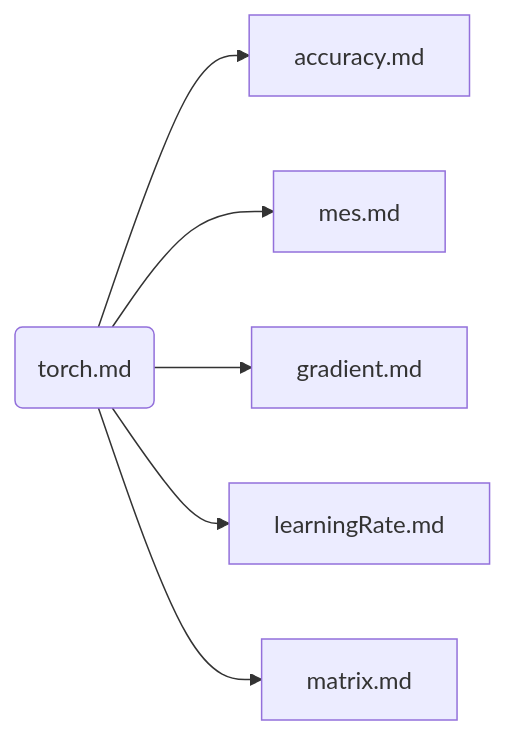
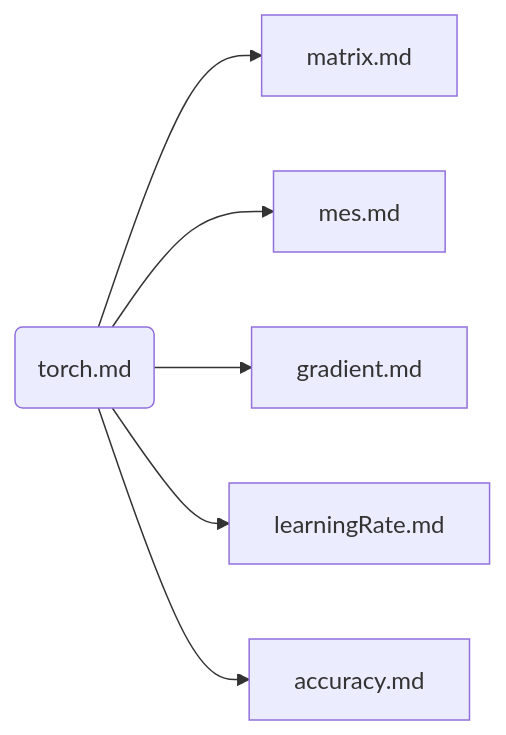
One commit to weip2008/LearnTorch changed the diagram in ReadMe.md. Above: the diagram before and after it, drawn with Mermaid. The commit also changed 7 other files, not shown here.

````diff
--- a/ReadMe.md
+++ b/ReadMe.md
@@ -6,12 +6,12 @@
 ```mermaid
 graph LR
 torch(torch.md)
 accuracy[accuracy.md]
 mse[mes.md]
 grad[gradient.md]
 lr[learningRate.md]
 matrix[matrix.md]
 
-torch-->accuracy & mse & grad & lr & matrix
+torch-->matrix & mse & grad & lr & accuracy
 
 ```  
````
